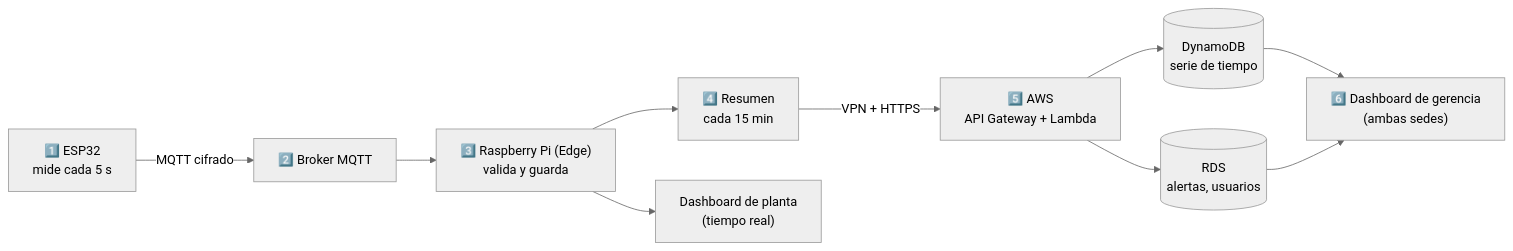
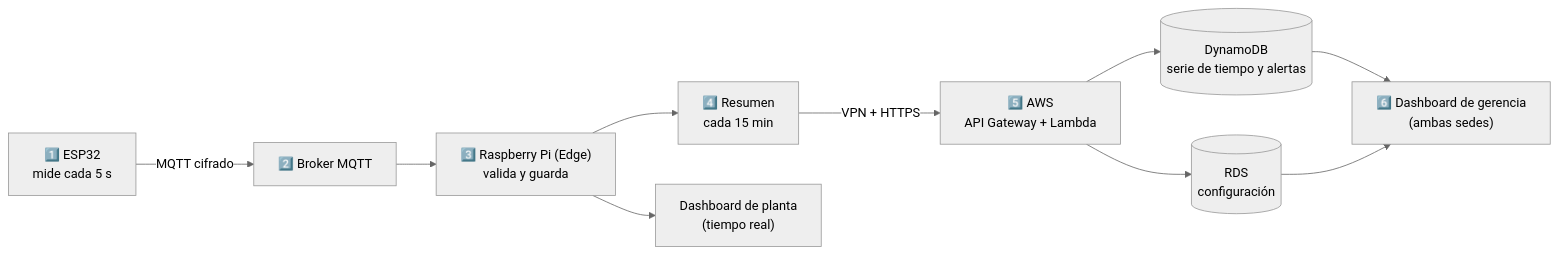
One commit to Aburahamu20/Induplac changed the diagram in docs/GUIA-EQUIPO.md. Above: the diagram before and after it, drawn with Mermaid (neutral theme). The commit also changed other lines of this file and 10 other files, not shown here.

````diff
--- a/docs/GUIA-EQUIPO.md
+++ b/docs/GUIA-EQUIPO.md
@@ -90,12 +90,12 @@
 ```mermaid
 flowchart LR
     A["1️⃣ ESP32<br/>mide cada 5 s"] -->|MQTT cifrado| B["2️⃣ Broker MQTT"]
     B --> C["3️⃣ Raspberry Pi (Edge)<br/>valida y guarda"]
     C --> D["4️⃣ Resumen<br/>cada 15 min"]
     C --> E["Dashboard de planta<br/>(tiempo real)"]
     D -->|VPN + HTTPS| F["5️⃣ AWS<br/>API Gateway + Lambda"]
-    F --> G[("DynamoDB<br/>serie de tiempo")]
-    F --> H[("RDS<br/>alertas, usuarios")]
+    F --> G[("DynamoDB<br/>serie de tiempo y alertas")]
+    F --> H[("RDS<br/>configuración")]
     G --> I["6️⃣ Dashboard de gerencia<br/>(ambas sedes)"]
     H --> I
 ```
````
